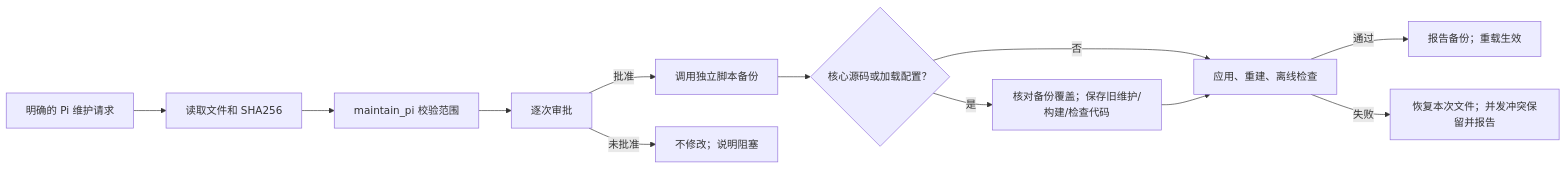
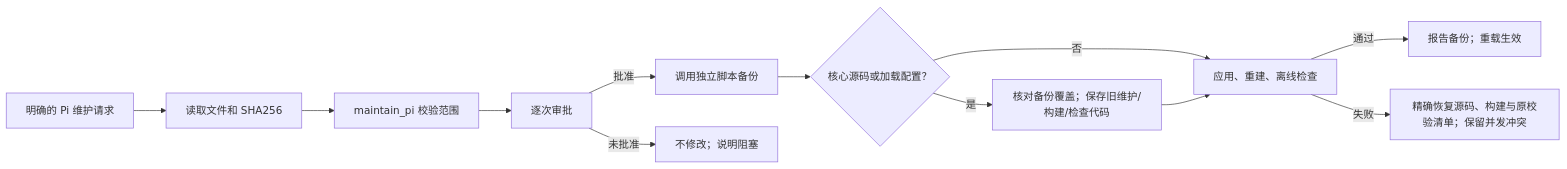
One commit to Jeoitim/my-slim-pi changed the second of 2 diagrams in agent/customization/Pi Agent 本机配置维护手册.md. Above: the diagram before and after it, drawn with Mermaid. The commit also changed other lines of this file and 28 other files, not shown here.

````diff
--- a/agent/customization/Pi Agent 本机配置维护手册.md
+++ b/agent/customization/Pi Agent 本机配置维护手册.md
@@ -184,14 +187,14 @@
 ```mermaid
 flowchart LR
     A[明确的 Pi 维护请求] --> B[读取文件和 SHA256]
     B --> C[maintain_pi 校验范围]
     C --> D[逐次审批]
     D -->|批准| B1[调用独立脚本备份]
     B1 --> B2{核心源码或加载配置？}
     B2 -->|是| S[核对备份覆盖；保存旧维护/构建/检查代码]
     B2 -->|否| E[应用、重建、离线检查]
     S --> E
     D -->|未批准| X[不修改；说明阻塞]
     E -->|通过| F[报告备份；重载生效]
-    E -->|失败| G[恢复本次文件；并发冲突保留并报告]
+    E -->|失败| G[精确恢复源码、构建与原校验清单；保留并发冲突]
 ```
````
